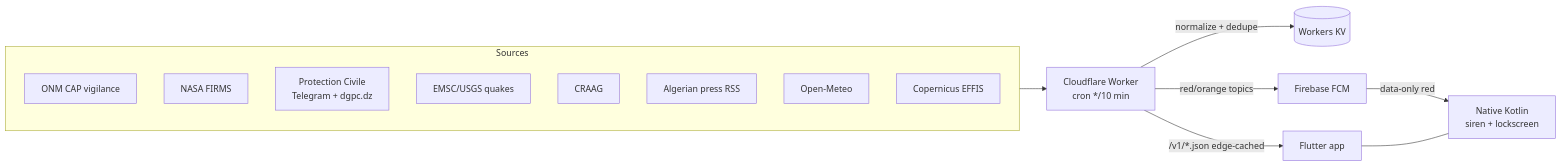
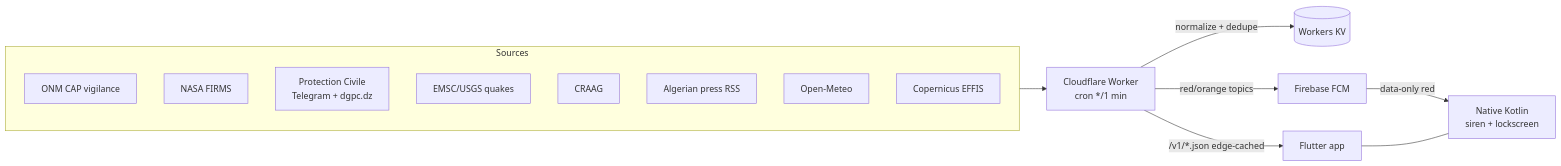
The diagram in docs/TECHNICAL.md (MzrIslem/RadBalek), drawn with Mermaid before and after one commit. The commit also changed other lines of this file and 21 other files, not shown here.

````diff
--- a/docs/TECHNICAL.md
+++ b/docs/TECHNICAL.md
@@ -37,19 +37,19 @@
 ```mermaid
 flowchart LR
   subgraph Sources
     ONM[ONM CAP vigilance]
     FIRMS[NASA FIRMS]
     DGPC[Protection Civile\nTelegram + dgpc.dz]
     EMSC[EMSC/USGS quakes]
     CRAAG[CRAAG]
     PRESS[Algerian press RSS]
     OM[Open-Meteo]
     EFFIS[Copernicus EFFIS]
   end
-  Sources --> W[Cloudflare Worker\ncron */10 min]
+  Sources --> W[Cloudflare Worker\ncron */1 min]
   W -->|normalize + dedupe| KV[(Workers KV)]
   W -->|red/orange topics| FCM[Firebase FCM]
   W -->|/v1/*.json edge-cached| APP[Flutter app]
   FCM -->|data-only red| NATIVE[Native Kotlin\nsiren + lockscreen]
   APP --- NATIVE
 ```
````
